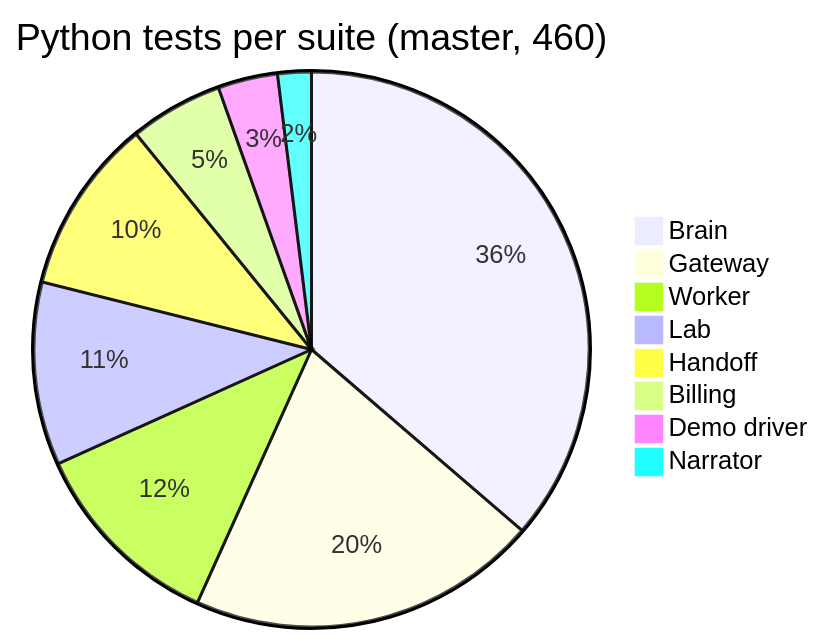
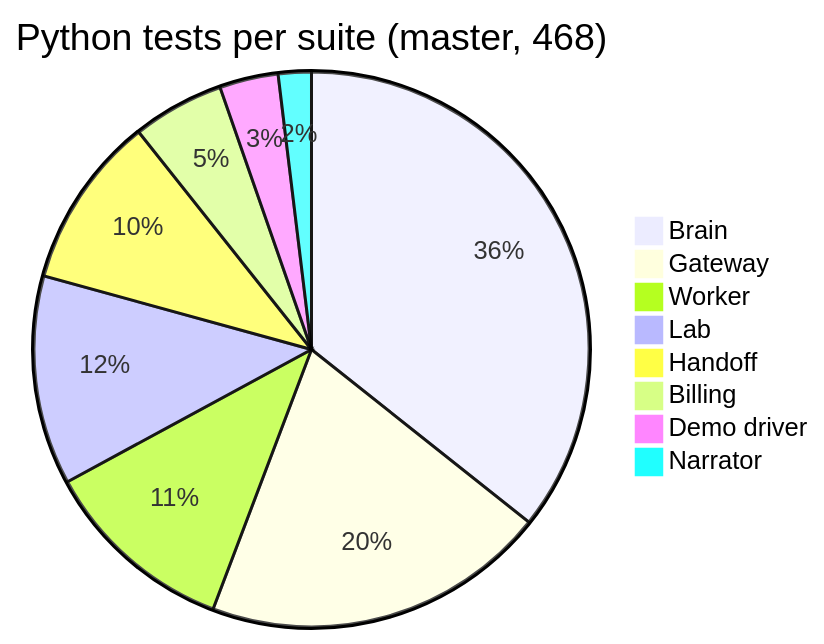
The diagram in prototype-docs/10_TESTING.md (yashodeepchaudhari/tenantguard), drawn with Mermaid before and after one commit. The commit also changed other lines of this file and 11 other files, not shown here.

````diff
--- a/prototype-docs/10_TESTING.md
+++ b/prototype-docs/10_TESTING.md
@@ -23,11 +23,11 @@
 ```mermaid
-pie title Python tests per suite (master, 460)
+pie title Python tests per suite (master, 468)
   "Brain" : 167
   "Gateway" : 94
   "Worker" : 53
-  "Lab" : 49
+  "Lab" : 57
   "Handoff" : 47
   "Billing" : 25
   "Demo driver" : 16
   "Narrator" : 9
 ```
````
